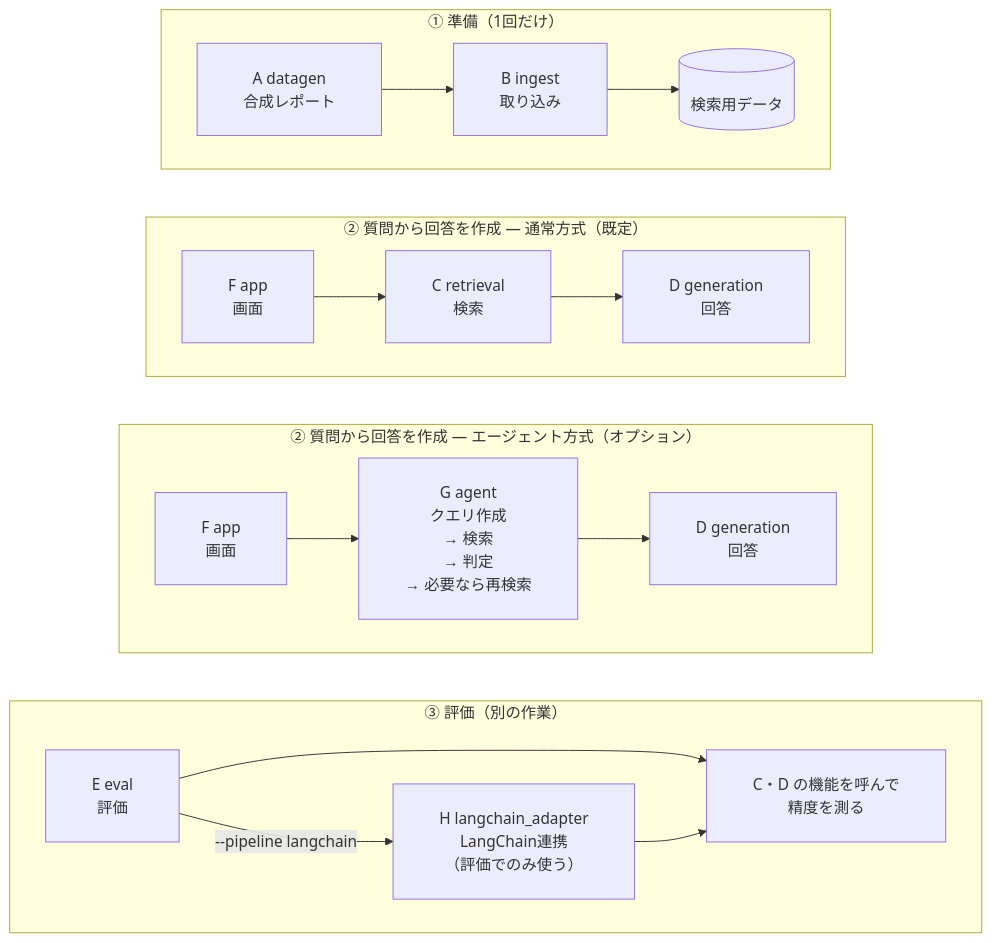
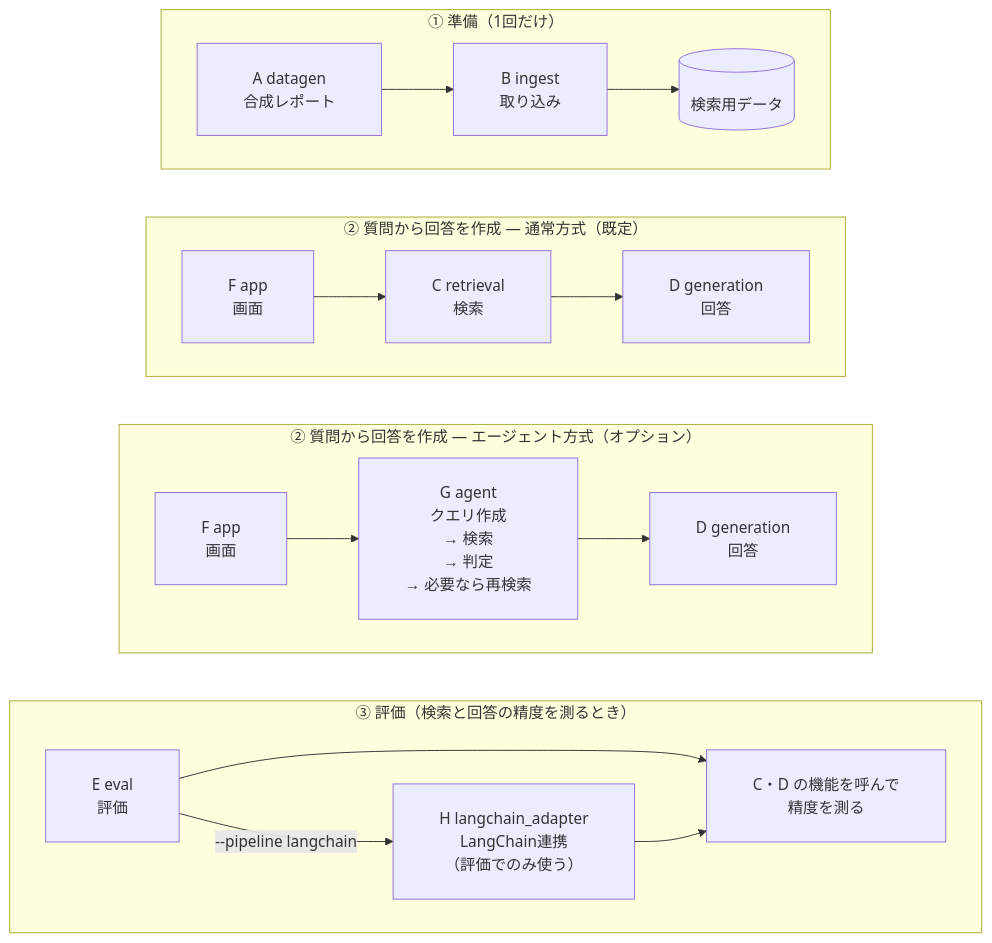
Before and after one commit to satoshi-abe-dev/silo-rag: the first of 3 diagrams in README_ja.md, drawn with Mermaid. The commit also changed other lines of this file and 1 other file, not shown here.

Commit message:
Say what the evaluation box measures and when it runs
'(separate task)' did not say who runs it, when, or what it measures.
The label now reads 'when measuring search and answer accuracy', and the
bullet says the developer runs it from the command line on questions
with known answers.

````diff
--- a/README_ja.md
+++ b/README_ja.md
@@ -136,24 +136,24 @@
 ```mermaid
 %%{init: {"flowchart": {"padding": 24, "wrappingWidth": 400}}}%%
 graph TB
     subgraph prep["① 準備（1回だけ）"]
         direction LR
         A["A datagen<br/>合成レポート"] --> B["B ingest<br/>取り込み"] --> DB[("検索用データ")]
     end
     subgraph plain["② 質問から回答を作成 ― 通常方式（既定）"]
         direction LR
         F1["F app<br/>画面"] --> C1["C retrieval<br/>検索"] --> D1["D generation<br/>回答"]
     end
     subgraph agent["② 質問から回答を作成 ― エージェント方式（オプション）"]
         direction LR
         F2["F app<br/>画面"] --> G["G agent<br/>クエリ作成<br/>→ 検索<br/>→ 判定<br/>→ 必要なら再検索"] --> D2["D generation<br/>回答"]
     end
-    subgraph ev["③ 評価（別の作業）"]
+    subgraph ev["③ 評価（検索と回答の精度を測るとき）"]
         direction LR
         E["E eval<br/>評価"] --> CD["C・D の機能を呼んで<br/>精度を測る"]
         E -->|"--pipeline langchain"| H["H langchain_adapter<br/>LangChain連携<br/>（評価でのみ使う）"] --> CD
     end
     prep ~~~ plain
     plain ~~~ agent
     agent ~~~ ev
 ```
````
